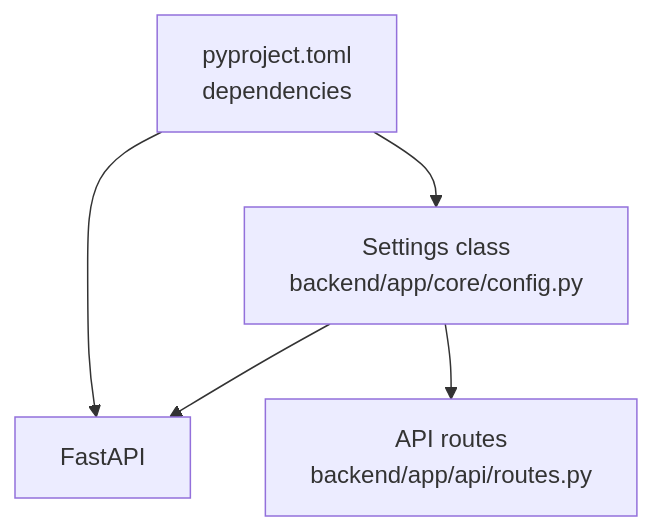
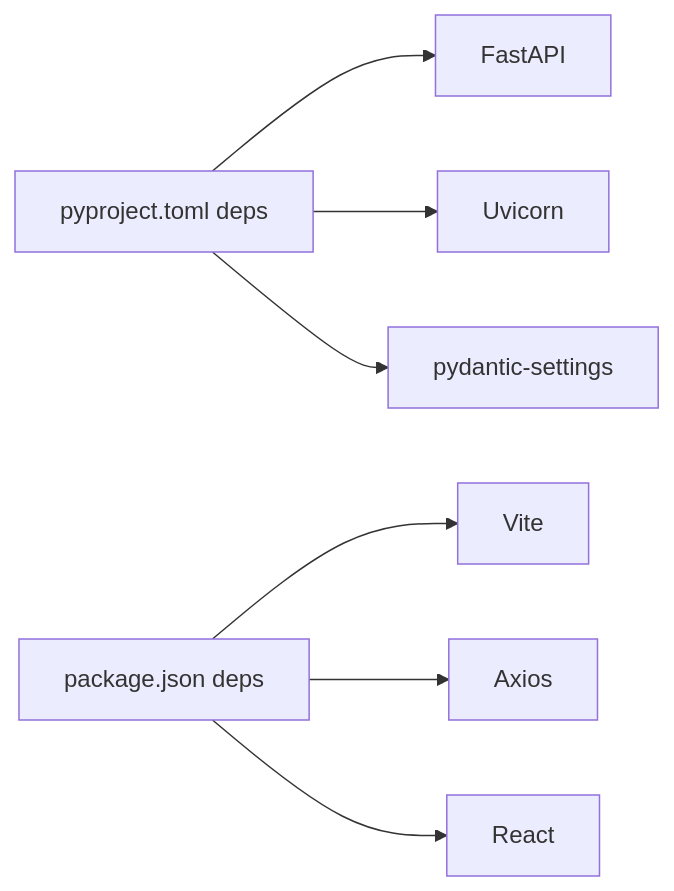
Before and after one commit to geekeraman/dissertation-checker: the sixth of 6 diagrams in .qoder/repowiki/en/content/Configuration Management.md, drawn with Mermaid. The commit also changed other lines of this file and 88 other files, not shown here.

````diff
--- a/.qoder/repowiki/en/content/Configuration Management.md
+++ b/.qoder/repowiki/en/content/Configuration Management.md
@@ -160,11 +220,9 @@
 ```mermaid
-graph TB
-pyproj["pyproject.toml<br/>dependencies"]
-settings_mod["Settings class<br/>backend/app/core/config.py"]
-fastapi_dep["FastAPI"]
-routes_mod["API routes<br/>backend/app/api/routes.py"]
-pyproj --> fastapi_dep
-pyproj --> settings_mod
-settings_mod --> fastapi_dep
-settings_mod --> routes_mod
+graph LR
+PY["pyproject.toml deps"] --> FA["FastAPI"]
+PY --> UV["Uvicorn"]
+PY --> PS["pydantic-settings"]
+PJ["package.json deps"] --> VX["Vite"]
+PJ --> AX["Axios"]
+PJ --> RE["React"]
 ```
````
